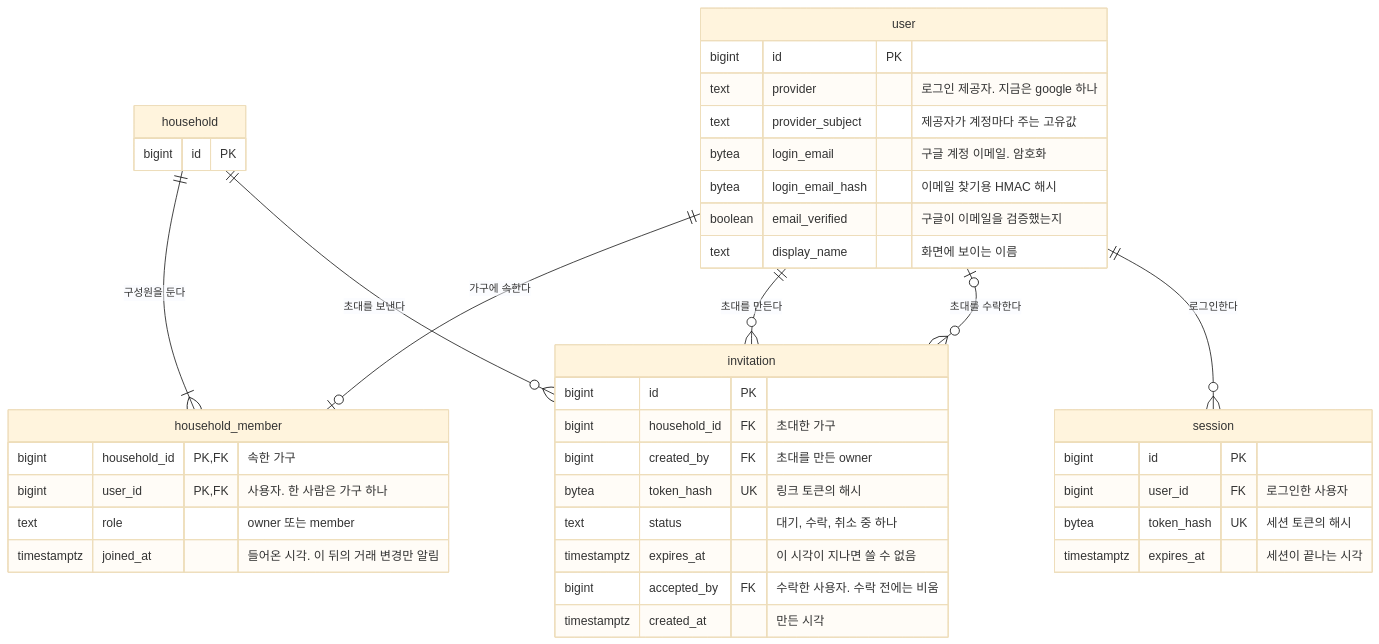
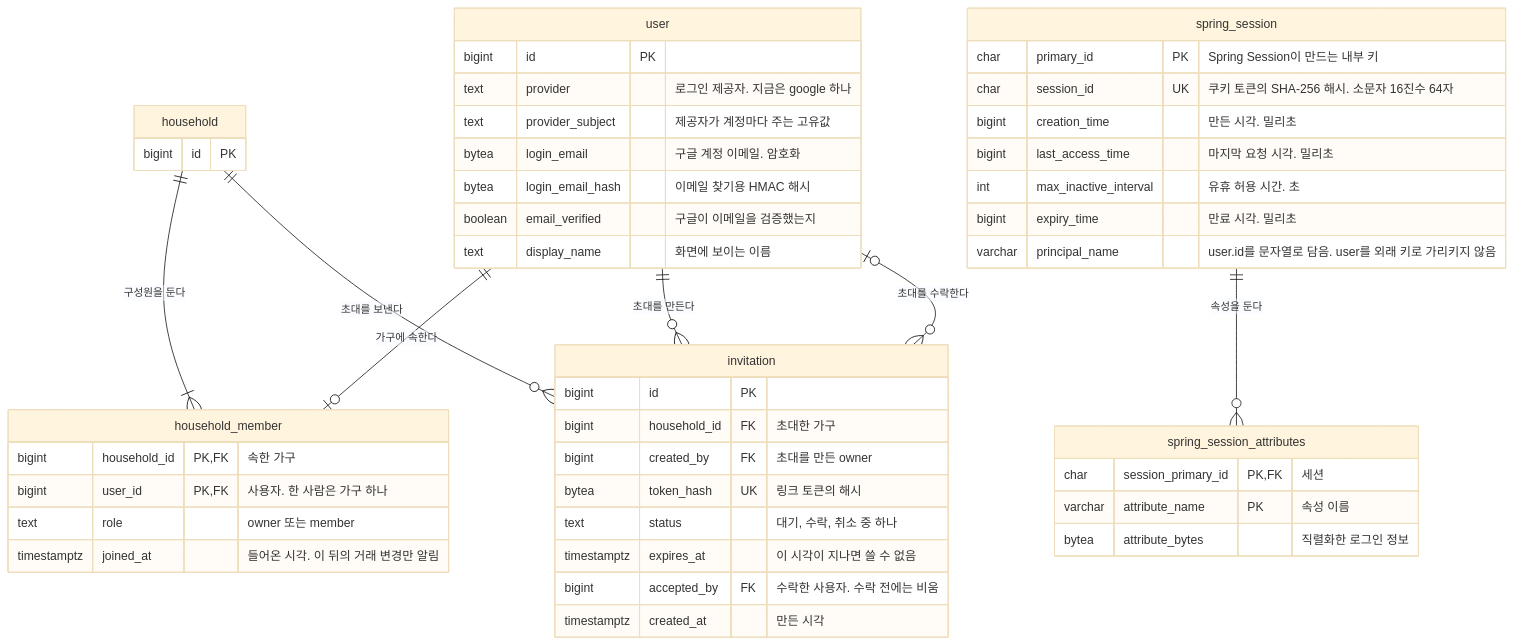
The first of 4 diagrams in docs/architecture/data-model.md (Park-Seung-Hun/real-estate), drawn with Mermaid (base theme) before and after one commit. The commit also changed other lines of this file and 5 other files, not shown here.

````diff
--- a/docs/architecture/data-model.md
+++ b/docs/architecture/data-model.md
@@ -33,43 +33,51 @@
 ```mermaid
 erDiagram
   user {
     bigint id PK
     text provider "로그인 제공자. 지금은 google 하나"
     text provider_subject "제공자가 계정마다 주는 고유값"
     bytea login_email "구글 계정 이메일. 암호화"
     bytea login_email_hash "이메일 찾기용 HMAC 해시"
     boolean email_verified "구글이 이메일을 검증했는지"
     text display_name "화면에 보이는 이름"
   }
   household {
     bigint id PK
   }
   household_member {
     bigint household_id PK, FK "속한 가구"
     bigint user_id PK, FK "사용자. 한 사람은 가구 하나"
     text role "owner 또는 member"
     timestamptz joined_at "들어온 시각. 이 뒤의 거래 변경만 알림"
   }
   invitation {
     bigint id PK
     bigint household_id FK "초대한 가구"
     bigint created_by FK "초대를 만든 owner"
     bytea token_hash UK "링크 토큰의 해시"
     text status "대기, 수락, 취소 중 하나"
     timestamptz expires_at "이 시각이 지나면 쓸 수 없음"
     bigint accepted_by FK "수락한 사용자. 수락 전에는 비움"
     timestamptz created_at "만든 시각"
   }
-  session {
-    bigint id PK
-    bigint user_id FK "로그인한 사용자"
-    bytea token_hash UK "세션 토큰의 해시"
-    timestamptz expires_at "세션이 끝나는 시각"
+  spring_session {
+    char primary_id PK "Spring Session이 만드는 내부 키"
+    char session_id UK "쿠키 토큰의 SHA-256 해시. 소문자 16진수 64자"
+    bigint creation_time "만든 시각. 밀리초"
+    bigint last_access_time "마지막 요청 시각. 밀리초"
+    int max_inactive_interval "유휴 허용 시간. 초"
+    bigint expiry_time "만료 시각. 밀리초"
+    varchar principal_name "user.id를 문자열로 담음. user를 외래 키로 가리키지 않음"
+  }
+  spring_session_attributes {
+    char session_primary_id PK, FK "세션"
+    varchar attribute_name PK "속성 이름"
+    bytea attribute_bytes "직렬화한 로그인 정보"
   }
   user ||--o| household_member : "가구에 속한다"
   household ||--|{ household_member : "구성원을 둔다"
   household ||--o{ invitation : "초대를 보낸다"
   user ||--o{ invitation : "초대를 만든다"
   user |o--o{ invitation : "초대를 수락한다"
-  user ||--o{ session : "로그인한다"
+  spring_session ||--o{ spring_session_attributes : "속성을 둔다"
 ```
````
